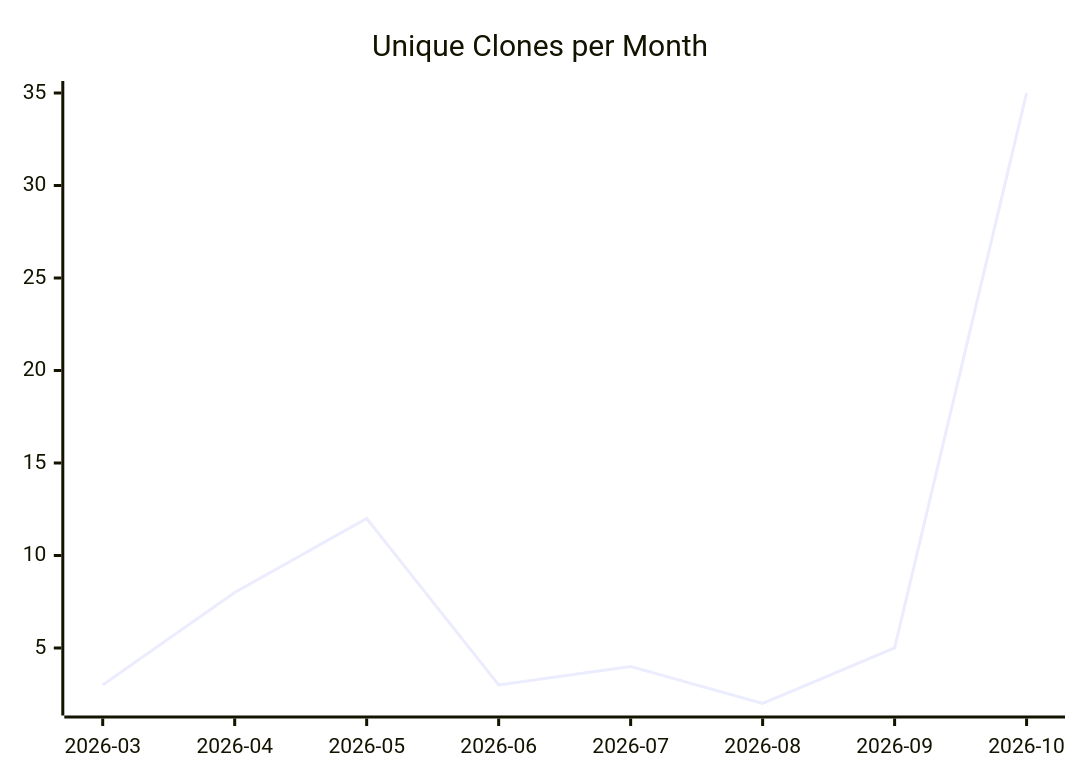
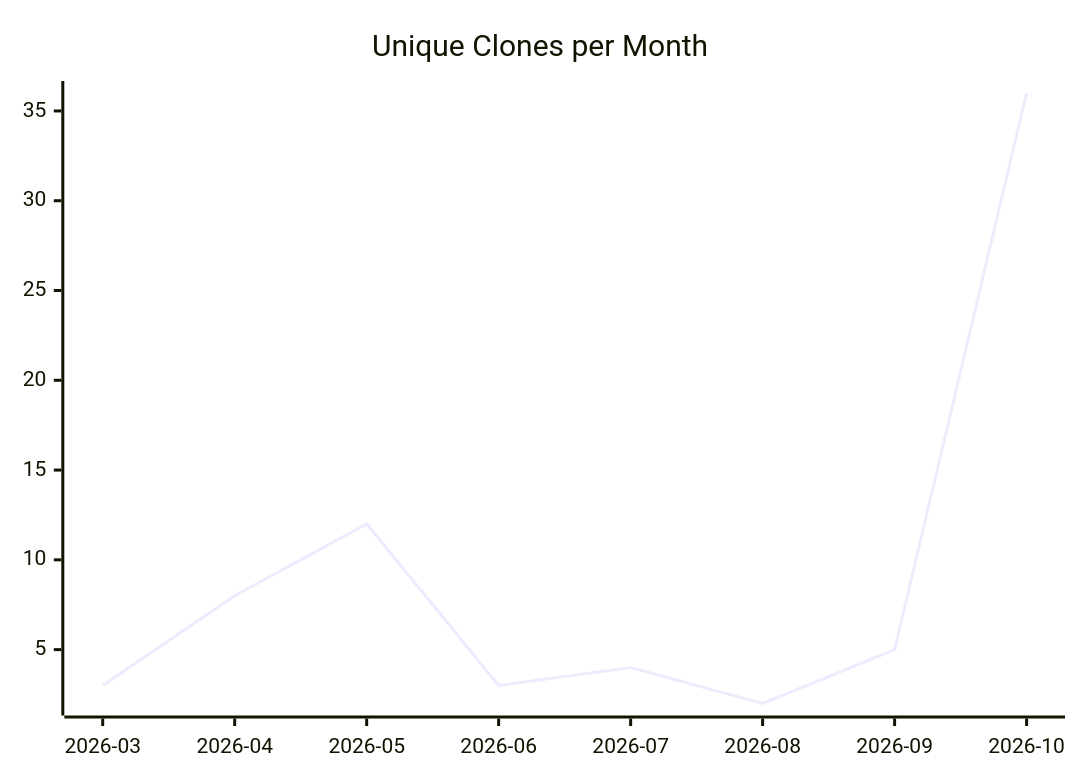
The third of 3 diagrams in karlmdavis/puppet-sonar/README.md (justdavis-family/github-analytics-data), drawn with Mermaid before and after one commit. The commit also changed other lines of this file and 200 other files, not shown here.

````diff
--- a/karlmdavis/puppet-sonar/README.md
+++ b/karlmdavis/puppet-sonar/README.md
@@ -19,6 +19,6 @@
 ```mermaid
 xychart-beta
   title "Unique Clones per Month"
   x-axis ["2026-03", "2026-04", "2026-05", "2026-06", "2026-07", "2026-08", "2026-09", "2026-10"]
-  line [3, 8, 12, 3, 4, 2, 5, 35]
+  line [3, 8, 12, 3, 4, 2, 5, 36]
 ```
````
